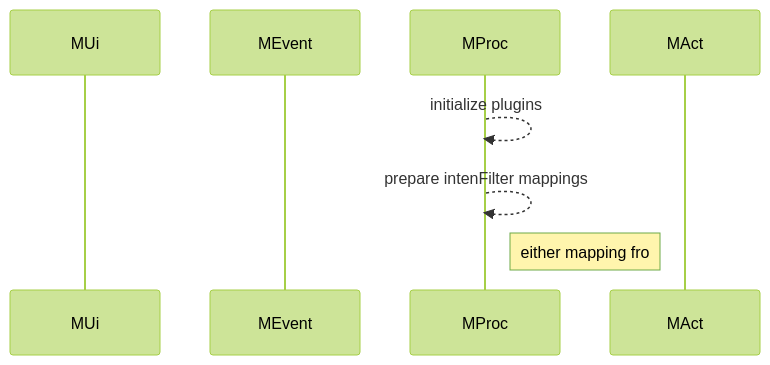
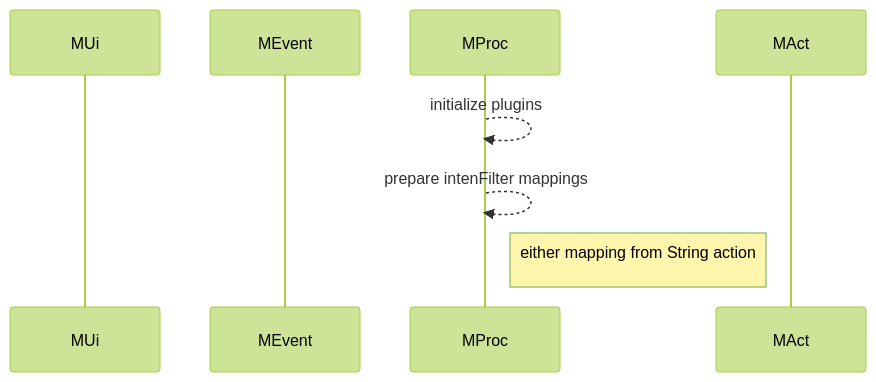
The third of 6 diagrams in flutter/android_to_flutter.md (gordianknotC/nxp_note), drawn with Mermaid (forest theme) before and after one commit. The commit also changed other lines of this file, not shown here.

````diff
--- a/flutter/android_to_flutter.md
+++ b/flutter/android_to_flutter.md
@@ -50,11 +50,11 @@
 ```mermaid
 sequenceDiagram
 participant MUi
 participant MEvent
 participant MProc
 participant MAct
 
 MProc-->>MProc: initialize plugins
 MProc-->>MProc: prepare intenFilter mappings
-Note right of MProc: either mapping fro
+Note right of MProc: either mapping from String action<br>
 ```
````
